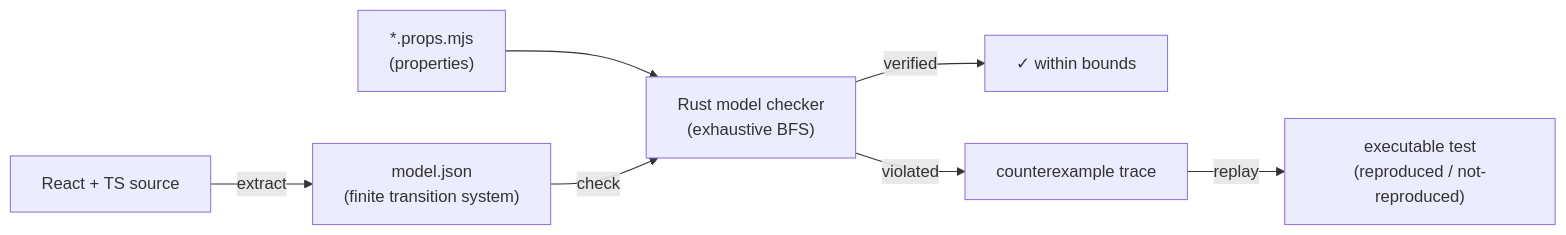
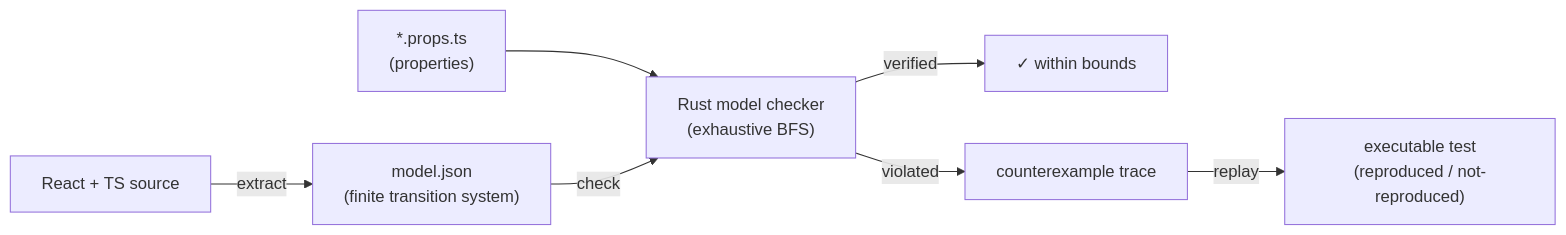
Before and after one commit to Harineko0/modality-ts: the diagram in docs/intro/index.md, drawn with Mermaid. The commit also changed 31 other files, not shown here.

````diff
--- a/docs/intro/index.md
+++ b/docs/intro/index.md
@@ -31,9 +31,9 @@
 ```mermaid
 flowchart LR
   src["React + TS source"] -->|extract| model["model.json<br/>(finite transition system)"]
-  props["*.props.mjs<br/>(properties)"] --> check
+  props["*.props.ts<br/>(properties)"] --> check
   model -->|check| check["Rust model checker<br/>(exhaustive BFS)"]
   check -->|verified| ok["✓ within bounds"]
   check -->|violated| trace["counterexample trace"]
   trace -->|replay| test["executable test<br/>(reproduced / not-reproduced)"]
 ```
````
